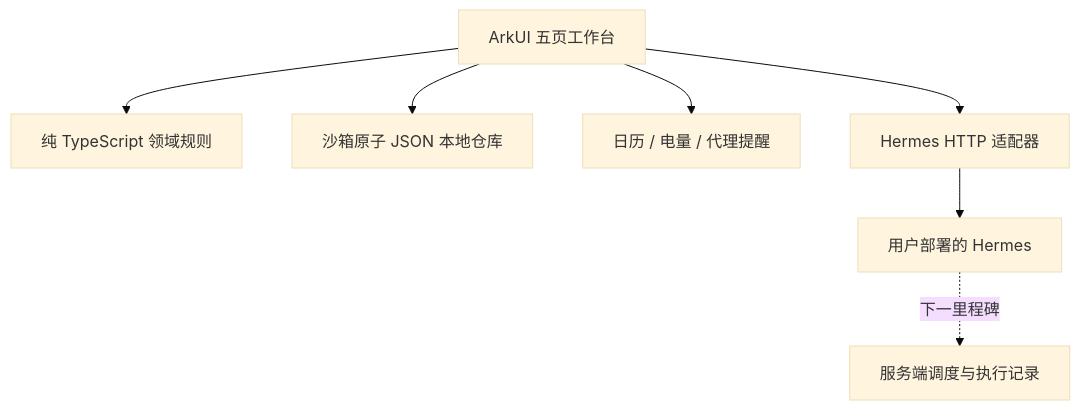
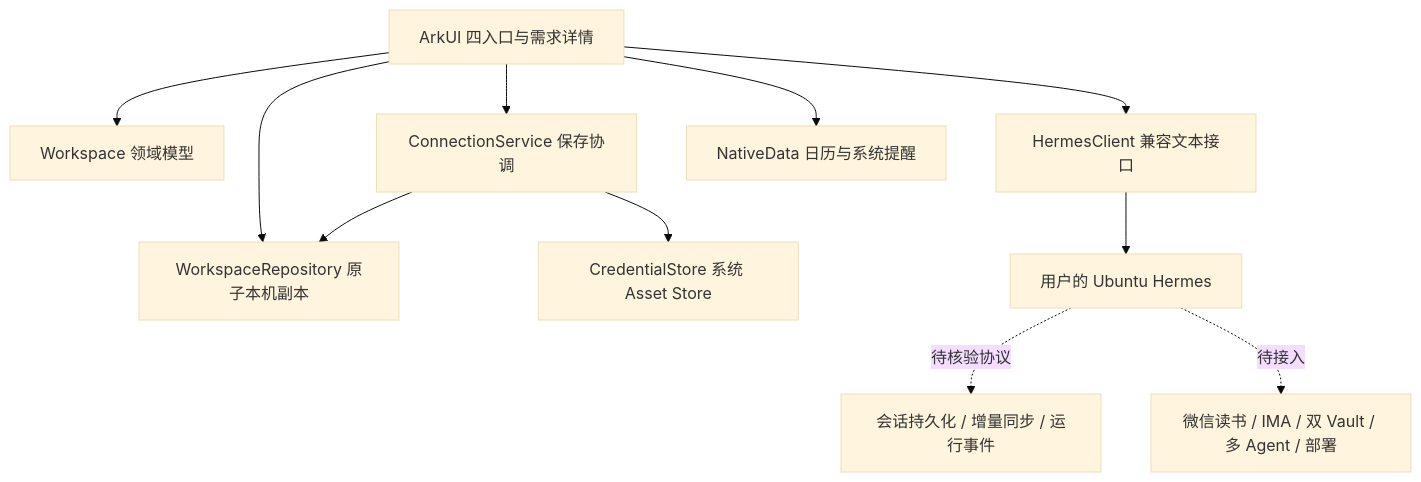
The diagram in docs/03-architecture.md (BinnW/HermesEye), drawn with Mermaid (base theme) before and after one commit. The commit also changed other lines of this file and 90 other files, not shown here.

````diff
--- a/docs/03-architecture.md
+++ b/docs/03-architecture.md
@@ -4,9 +6,13 @@
 ```mermaid
 flowchart TD
-  UI[ArkUI 五页工作台] --> Core[纯 TypeScript 领域规则]
-  UI --> Store[沙箱原子 JSON 本地仓库]
-  UI --> Native[日历 / 电量 / 代理提醒]
-  UI --> Client[Hermes HTTP 适配器]
-  Client --> Gateway[用户部署的 Hermes]
-  Gateway -.下一里程碑.-> Schedule[服务端调度与执行记录]
+ UI[ArkUI 四入口与需求详情] --> W[Workspace 领域模型]
+ UI --> R[WorkspaceRepository 原子本机副本]
+ UI --> C[ConnectionService 保存协调]
+ C --> S[CredentialStore 系统 Asset Store]
+ C --> R
+ UI --> H[HermesClient 兼容文本接口]
+ UI --> N[NativeData 日历与系统提醒]
+ H --> Server[用户的 Ubuntu Hermes]
+ Server -.待核验协议.-> Sync[会话持久化 / 增量同步 / 运行事件]
+ Server -.待接入.-> Integrations[微信读书 / IMA / 双 Vault / 多 Agent / 部署]
 ```
````
